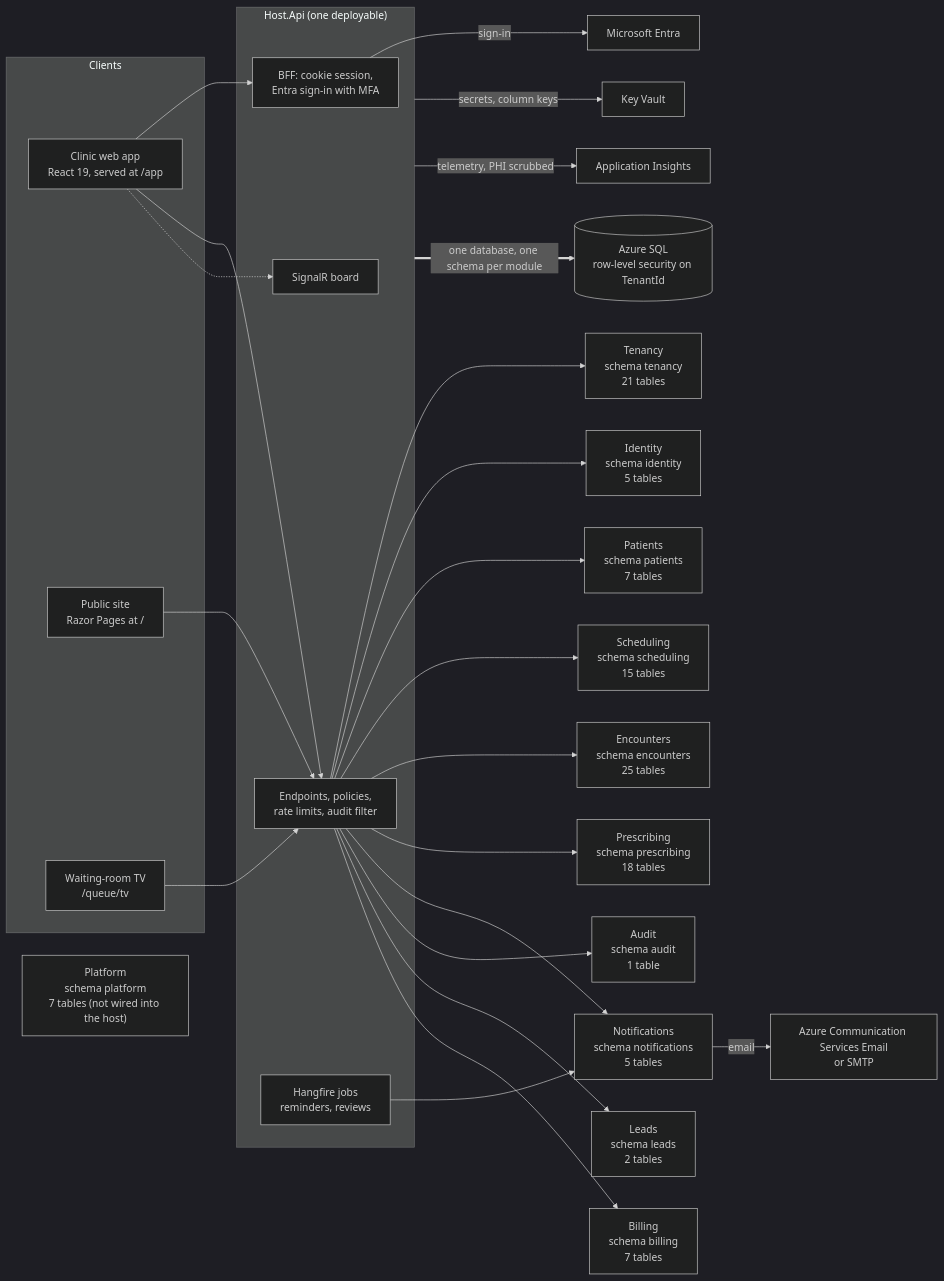
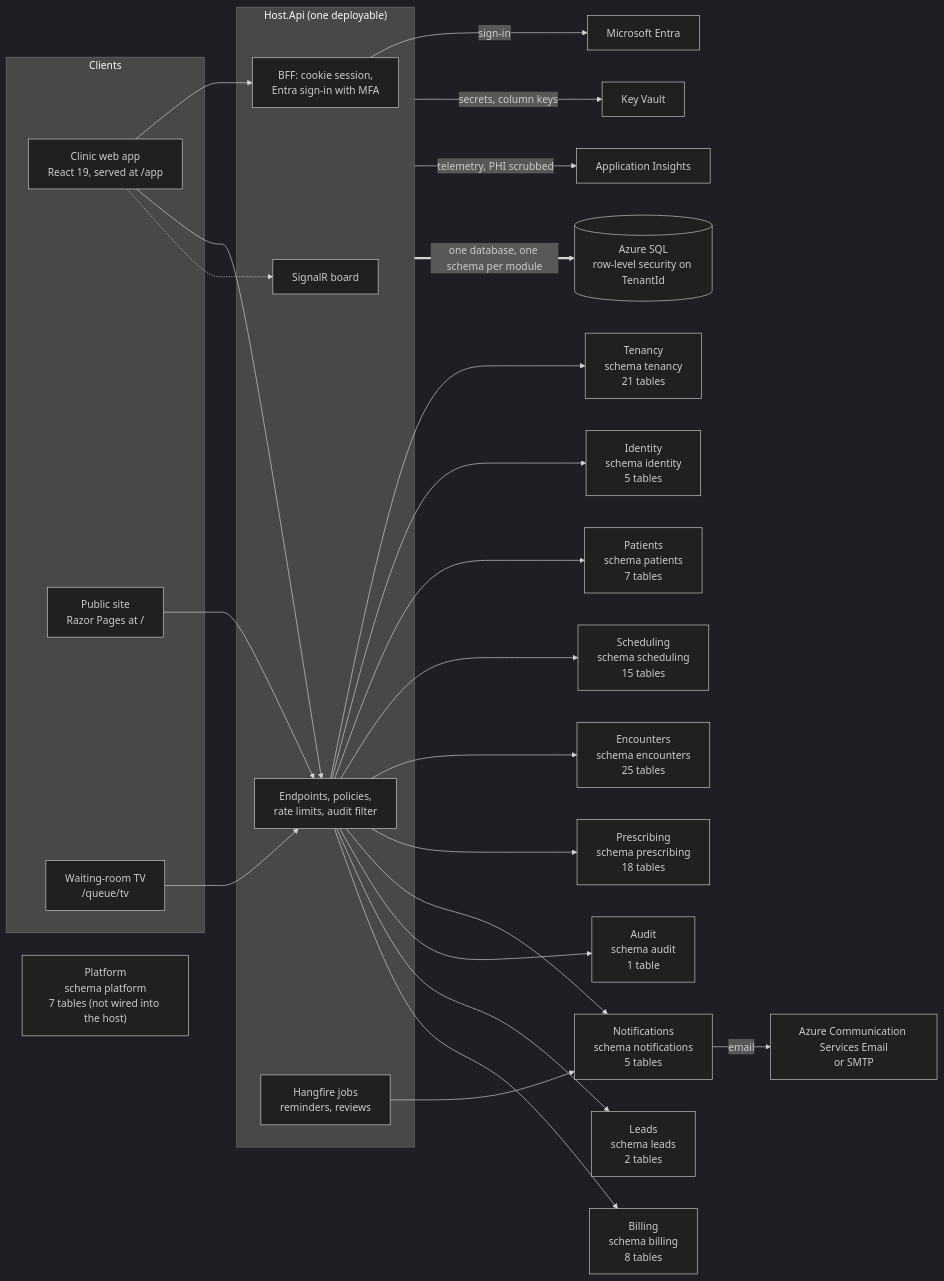
Before and after one commit to ALFRED-LUCIFER/medvya: the first of 14 diagrams in docs/03-architecture/erd.md, drawn with Mermaid (dark theme). The commit also changed other lines of this file and 31 other files, not shown here.

````diff
--- a/docs/03-architecture/erd.md
+++ b/docs/03-architecture/erd.md
@@ -15,36 +15,36 @@
 ```mermaid
 flowchart LR
   subgraph Clients
     web["Clinic web app<br/>React 19, served at /app"]
     site["Public site<br/>Razor Pages at /"]
     tv["Waiting-room TV<br/>/queue/tv"]
   end
   subgraph Host["Host.Api (one deployable)"]
     bff["BFF: cookie session,<br/>Entra sign-in with MFA"]
     api["Endpoints, policies,<br/>rate limits, audit filter"]
     hub["SignalR board"]
     jobs["Hangfire jobs<br/>reminders, reviews"]
   end
   web --> bff
   web --> api
   web -.-> hub
   tv --> api
   site --> api
   api --> Tenancy["Tenancy<br/>schema tenancy<br/>21 tables"]
   api --> Identity["Identity<br/>schema identity<br/>5 tables"]
   api --> Patients["Patients<br/>schema patients<br/>7 tables"]
   api --> Scheduling["Scheduling<br/>schema scheduling<br/>15 tables"]
   api --> Encounters["Encounters<br/>schema encounters<br/>25 tables"]
   api --> Prescribing["Prescribing<br/>schema prescribing<br/>18 tables"]
   api --> Notifications["Notifications<br/>schema notifications<br/>5 tables"]
   api --> Audit["Audit<br/>schema audit<br/>1 table"]
   api --> Leads["Leads<br/>schema leads<br/>2 tables"]
-  api --> Billing["Billing<br/>schema billing<br/>7 tables"]
+  api --> Billing["Billing<br/>schema billing<br/>8 tables"]
   Platform["Platform<br/>schema platform<br/>7 tables (not wired into the host)"]
   jobs --> Notifications
   bff -->|"sign-in"| entra["Microsoft Entra"]
   Notifications -->|"email"| mail["Azure Communication Services Email<br/>or SMTP"]
   Host -->|"secrets, column keys"| kv["Key Vault"]
   Host -->|"telemetry, PHI scrubbed"| ai["Application Insights"]
   Host ==>|"one database, one schema per module"| sql[("Azure SQL<br/>row-level security on TenantId")]
 ```
````
